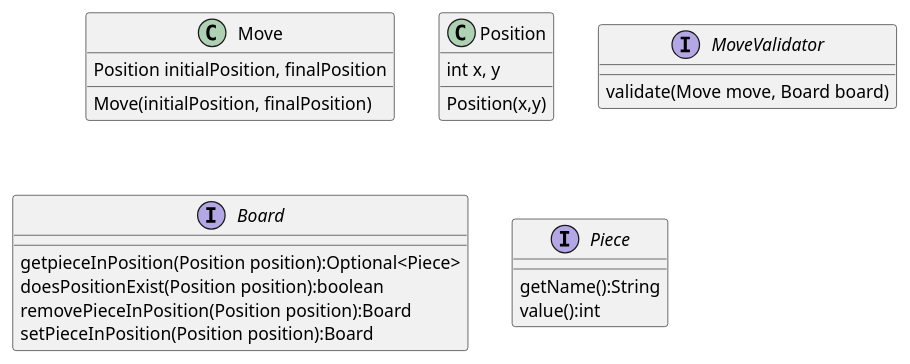
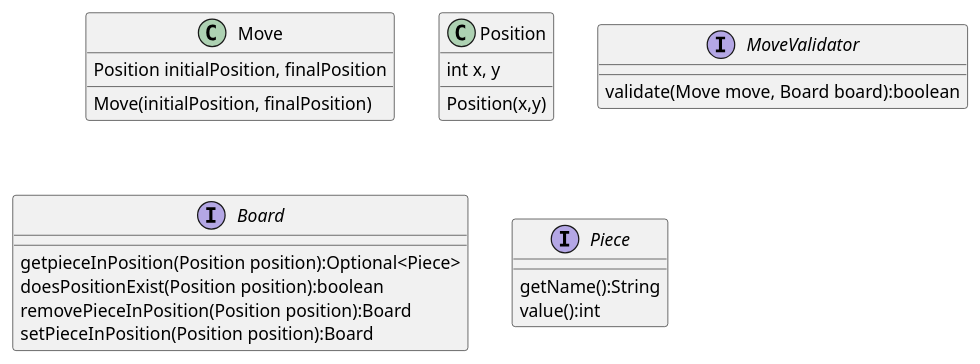
The diagram in chess.puml (jalopbauer/chess), drawn with PlantUML before and after one commit.

Commit message:
Added return value to MoveValidator

```diff
--- a/chess.puml
+++ b/chess.puml
@@ -1,25 +1,25 @@
 @startuml Chess
 class Move
 Move : Position initialPosition, finalPosition
 Move : Move(initialPosition, finalPosition)
 
 class Position
 Position : int x, y
 Position : Position(x,y)
 
 interface MoveValidator
-MoveValidator : validate(Move move, Board board)
+MoveValidator : validate(Move move, Board board):boolean
 
 ' Piece Handler
 interface Board
 Board : getpieceInPosition(Position position):Optional<Piece>
 Board : doesPositionExist(Position position):boolean
 Board : removePieceInPosition(Position position):Board
 Board : setPieceInPosition(Position position):Board
 
 interface Piece
 Piece : getName():String
 Piece : value():int
 
 
 @enduml
```
